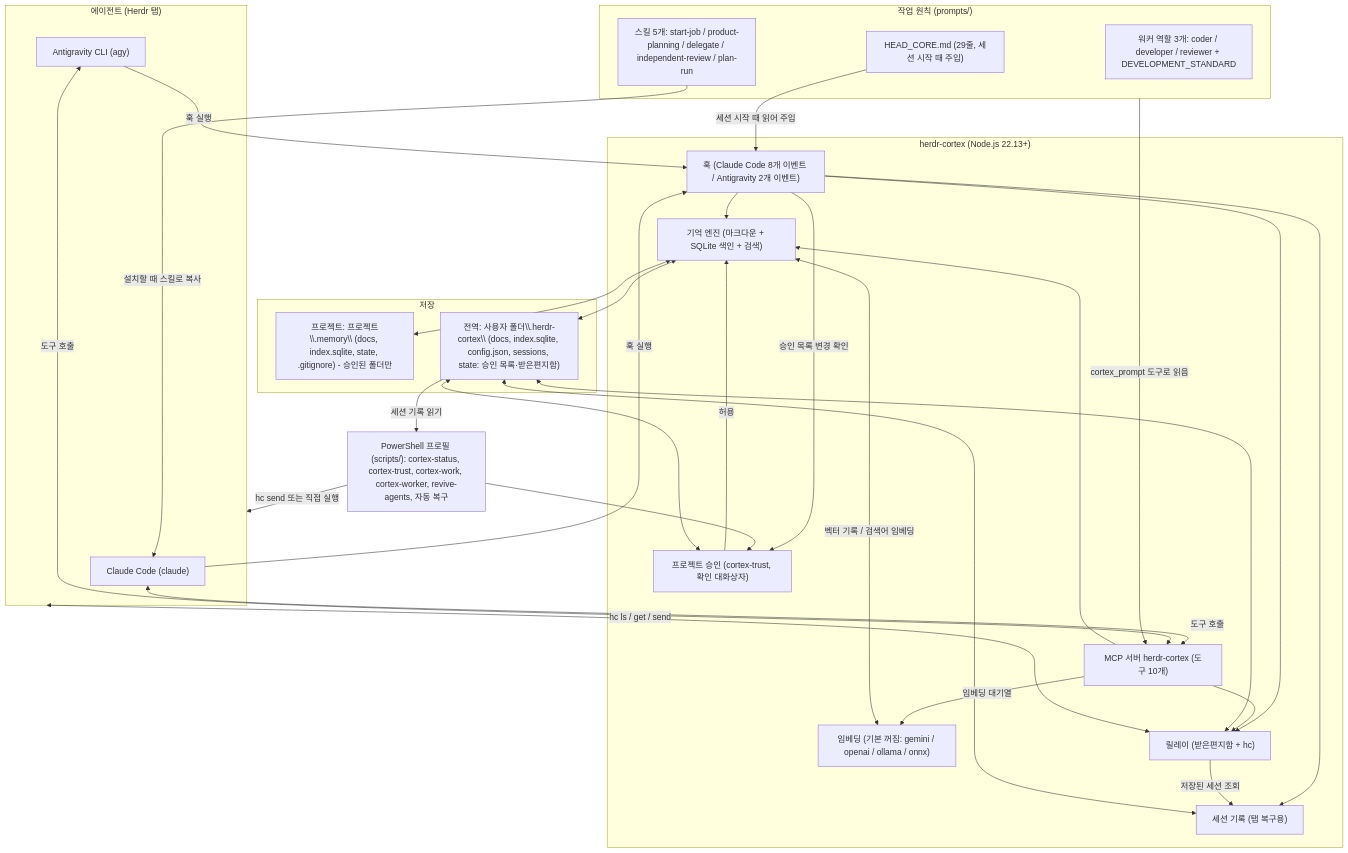
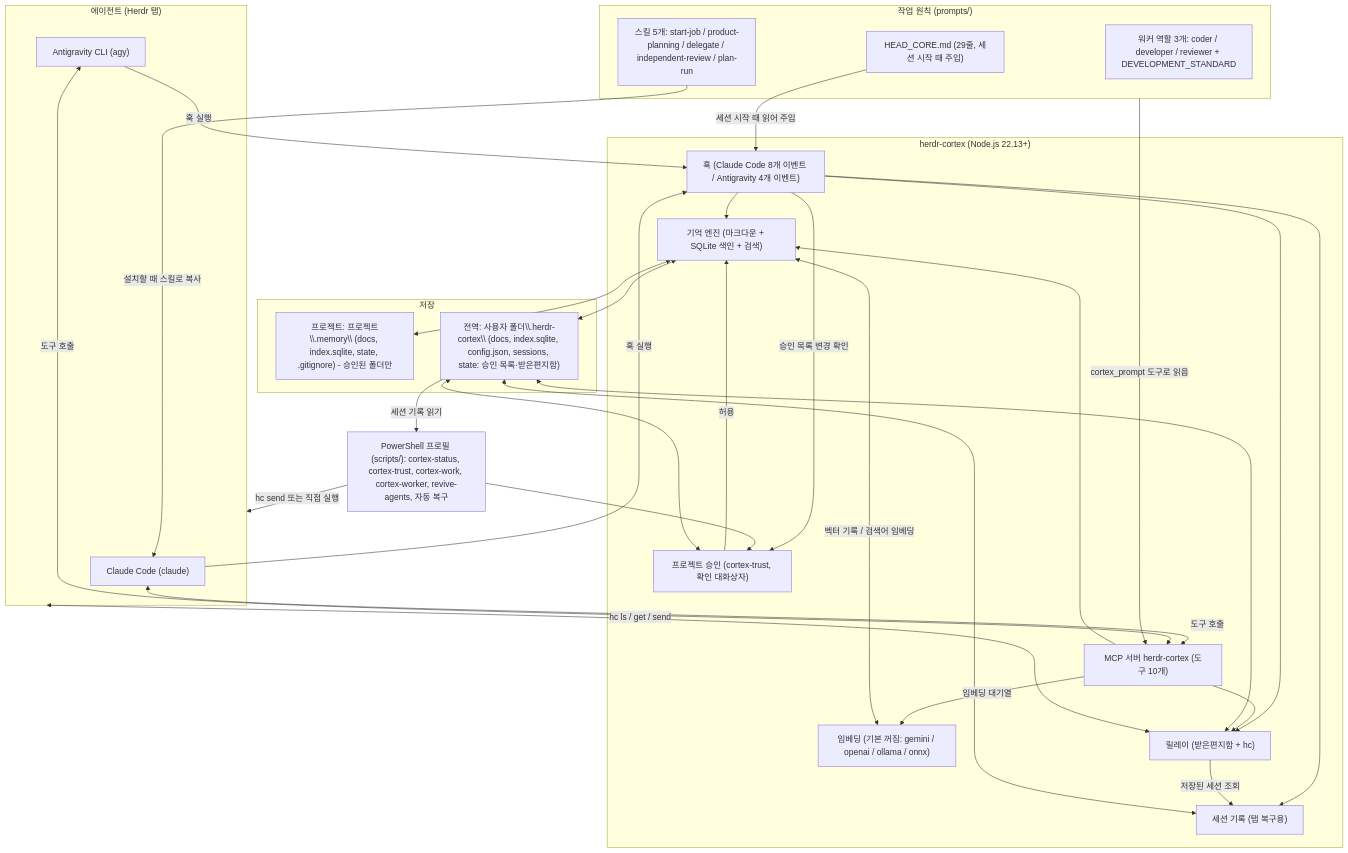
One commit to ggumtakg/herdr-cortex changed the diagram in README.md. Above: the diagram before and after it, drawn with Mermaid. The commit also changed other lines of this file and 21 other files, not shown here.

````diff
--- a/README.md
+++ b/README.md
@@ -102,57 +102,57 @@
 ```mermaid
 flowchart TB
     subgraph Prompts["작업 원칙 (prompts/)"]
         HC["HEAD_CORE.md (29줄, 세션 시작 때 주입)"]
         SK["스킬 5개: start-job / product-planning / delegate / independent-review / plan-run"]
         WK["워커 역할 3개: coder / developer / reviewer + DEVELOPMENT_STANDARD"]
     end
 
     subgraph Hosts["에이전트 (Herdr 탭)"]
         CL["Claude Code (claude)"]
         AG["Antigravity CLI (agy)"]
     end
 
     subgraph Core["herdr-cortex (Node.js 22.13+)"]
         MCP["MCP 서버 herdr-cortex (도구 10개)"]
-        HOOK["훅 (Claude Code 8개 이벤트 / Antigravity 2개 이벤트)"]
+        HOOK["훅 (Claude Code 8개 이벤트 / Antigravity 4개 이벤트)"]
         TRUST["프로젝트 승인 (cortex-trust, 확인 대화상자)"]
         MEM["기억 엔진 (마크다운 + SQLite 색인 + 검색)"]
         EMB["임베딩 (기본 꺼짐: gemini / openai / ollama / onnx)"]
         REL["릴레이 (받은편지함 + hc)"]
         REV["세션 기록 (탭 복구용)"]
     end
 
     subgraph Storage["저장"]
         PM["프로젝트: 프로젝트\\.memory\\ (docs, index.sqlite, state, .gitignore) - 승인된 폴더만"]
         GM["전역: 사용자 폴더\\.herdr-cortex\\ (docs, index.sqlite, config.json, sessions, state: 승인 목록·받은편지함)"]
     end
 
     PS["PowerShell 프로필 (scripts/): cortex-status, cortex-trust, cortex-work, cortex-worker, revive-agents, 자동 복구"]
 
     HC -->|"세션 시작 때 읽어 주입"| HOOK
     Prompts -->|"cortex_prompt 도구로 읽음"| MCP
     SK -->|"설치할 때 스킬로 복사"| CL
     CL <-->|"도구 호출"| MCP
     AG <-->|"도구 호출"| MCP
     CL -->|"훅 실행"| HOOK
     AG -->|"훅 실행"| HOOK
     HOOK --> MEM
     HOOK --> REL
     HOOK --> REV
     HOOK -->|"승인 목록 변경 확인"| TRUST
     MCP --> MEM
     MCP --> REL
     MCP -->|"임베딩 대기열"| EMB
     EMB <-->|"벡터 기록 / 검색어 임베딩"| MEM
     TRUST -->|"허용"| MEM
     MEM <--> PM
     MEM <--> GM
     REL <--> GM
     REL -->|"저장된 세션 조회"| REV
     REV <--> GM
     TRUST <--> GM
     REL <-->|"hc ls / get / send"| Hosts
     PS --> TRUST
     GM -->|"세션 기록 읽기"| PS
     PS -->|"hc send 또는 직접 실행"| Hosts
 ```
````
